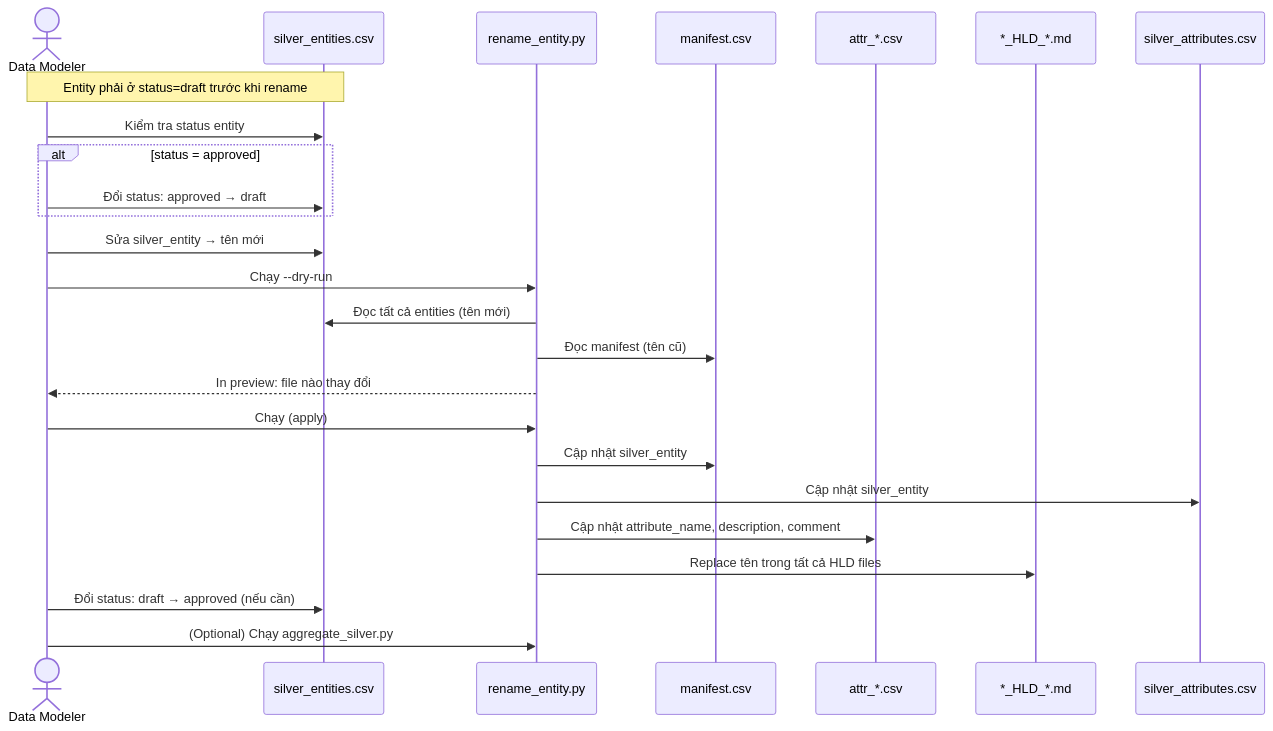
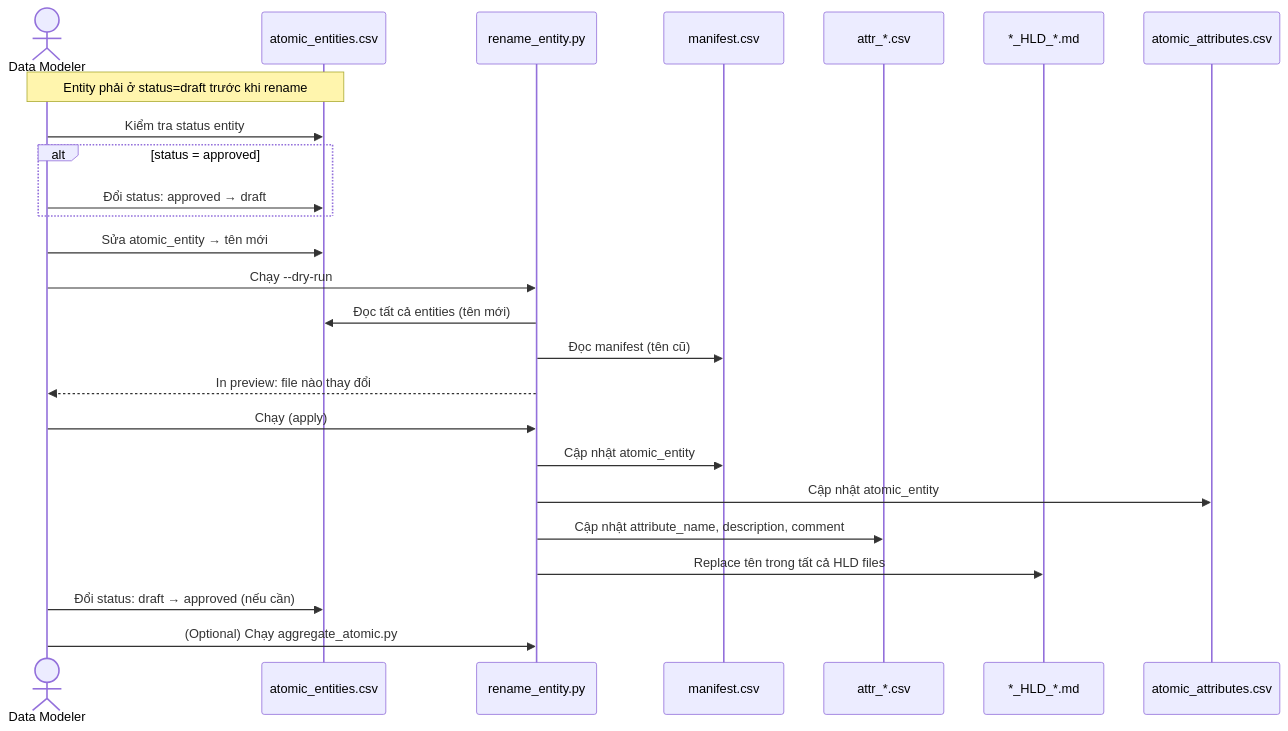
Before and after one commit to linhlvit/ubck_atomic_design: the second of 3 diagrams in README.md, drawn with Mermaid. The commit also changed other lines of this file and 588 other files, not shown here.

Commit message:
update Silver to Atomic

````diff
--- a/README.md
+++ b/README.md
@@ -95,28 +95,28 @@
 ```mermaid
 sequenceDiagram
     actor DM as Data Modeler
-    participant SE as silver_entities.csv
+    participant SE as atomic_entities.csv
     participant RN as rename_entity.py
     participant MF as manifest.csv
     participant LLD as attr_*.csv
     participant HLD as *_HLD_*.md
-    participant OUT as silver_attributes.csv
+    participant OUT as atomic_attributes.csv
 
     Note over DM,SE: Entity phải ở status=draft trước khi rename
     DM->>SE: Kiểm tra status entity
     alt status = approved
         DM->>SE: Đổi status: approved → draft
     end
-    DM->>SE: Sửa silver_entity → tên mới
+    DM->>SE: Sửa atomic_entity → tên mới
     DM->>RN: Chạy --dry-run
     RN->>SE: Đọc tất cả entities (tên mới)
     RN->>MF: Đọc manifest (tên cũ)
     RN-->>DM: In preview: file nào thay đổi
     DM->>RN: Chạy (apply)
-    RN->>MF: Cập nhật silver_entity
-    RN->>OUT: Cập nhật silver_entity
+    RN->>MF: Cập nhật atomic_entity
+    RN->>OUT: Cập nhật atomic_entity
     RN->>LLD: Cập nhật attribute_name, description, comment
     RN->>HLD: Replace tên trong tất cả HLD files
     DM->>SE: Đổi status: draft → approved (nếu cần)
-    DM->>RN: (Optional) Chạy aggregate_silver.py
+    DM->>RN: (Optional) Chạy aggregate_atomic.py
 ```
````
